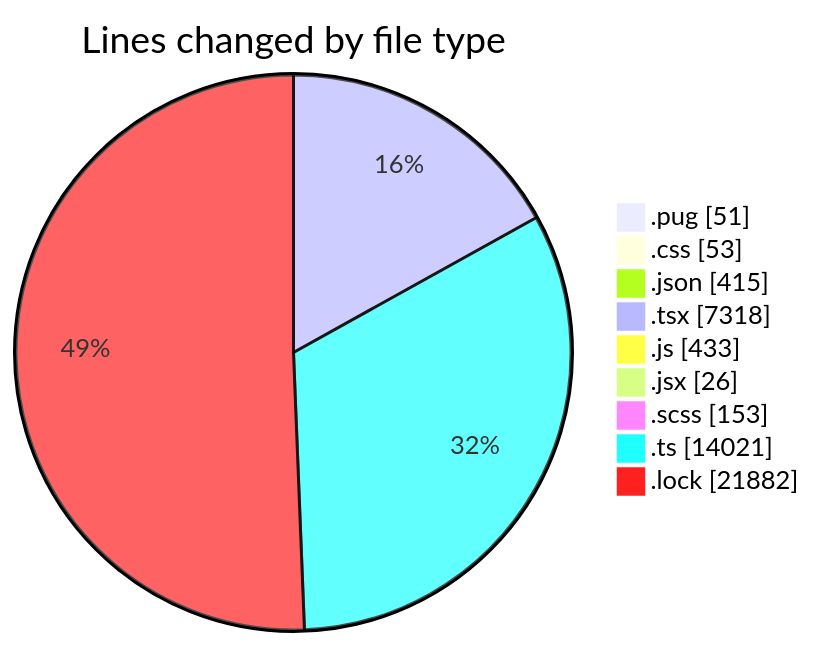
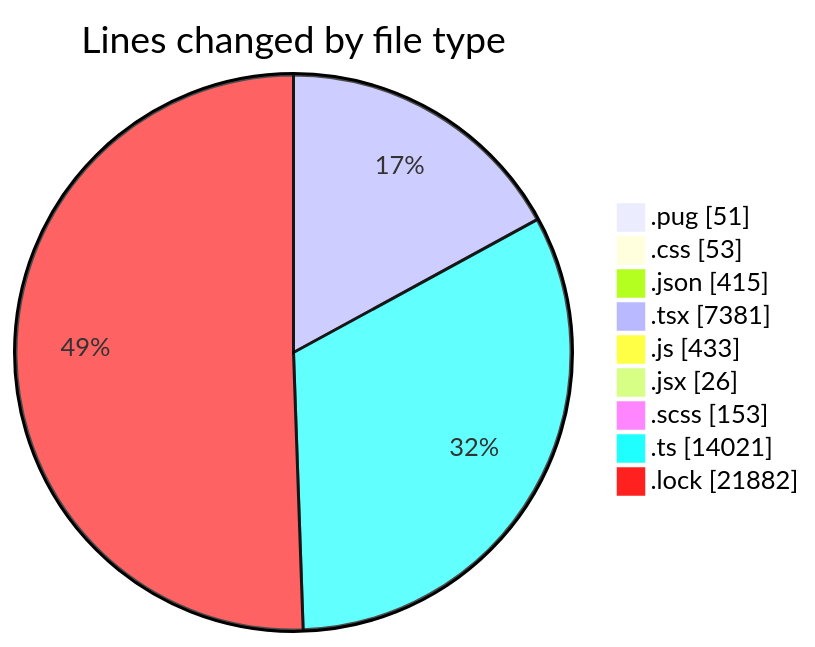
The first of 2 diagrams in 2025-11-06/cda/README.md (momahboobian/code-tracking), drawn with Mermaid before and after one commit. The commit also changed other lines of this file and 1 other file, not shown here.

````diff
--- a/2025-11-06/cda/README.md
+++ b/2025-11-06/cda/README.md
@@ -50,13 +50,13 @@
 ```mermaid
 pie showData
 title Lines changed by file type
 ".pug" : 51
 ".css" : 53
 ".json" : 415
-".tsx" : 7318
+".tsx" : 7381
 ".js" : 433
 ".jsx" : 26
 ".scss" : 153
 ".ts" : 14021
 ".lock" : 21882
 ```
````
